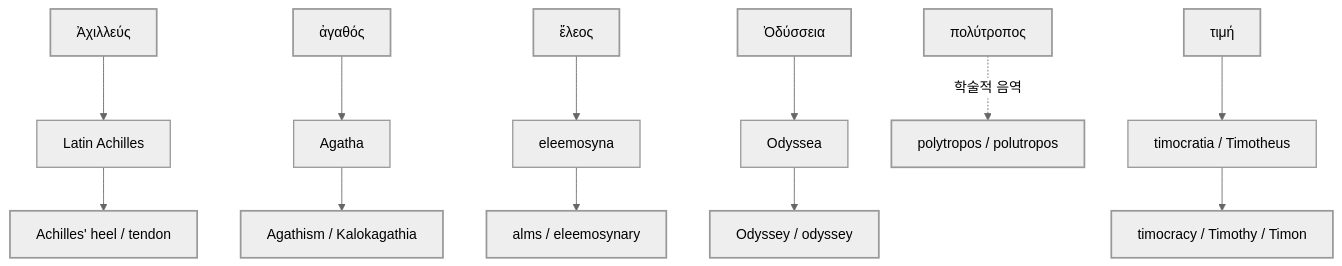
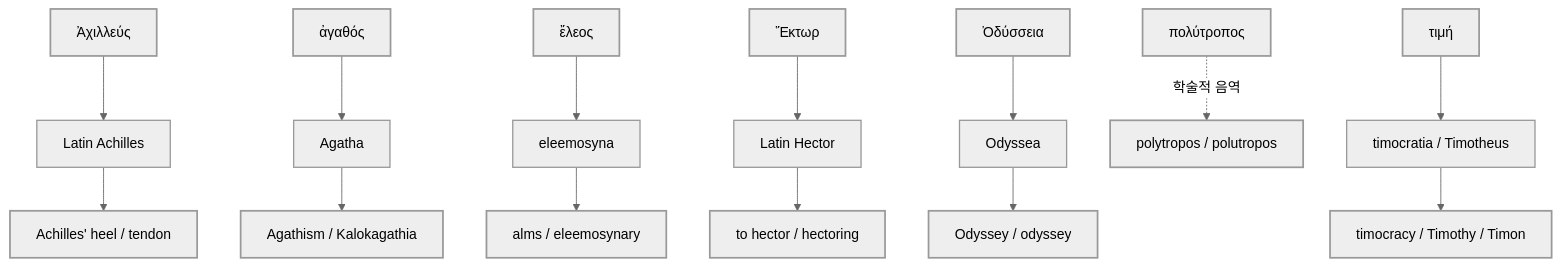
The diagram in words/index.md (YgHnSIM/Homer_wiki), drawn with Mermaid (neutral theme) before and after one commit. The commit also changed other lines of this file and 3 other files, not shown here.

````diff
--- a/words/index.md
+++ b/words/index.md
@@ -21,13 +21,14 @@
 ```mermaid
 graph TB
     classDef greek stroke-width:2px;
     classDef latin stroke-width:1.5px;
     classDef english stroke-width:2px;
 
     G1["Ἀχιλλεύς"]:::greek --> L1["Latin Achilles"]:::latin --> E1["Achilles' heel / tendon"]:::english
     G2["ἀγαθός"]:::greek --> L2["Agatha"]:::latin --> E2["Agathism / Kalokagathia"]:::english
     G3["ἔλεος"]:::greek --> L3["eleemosyna"]:::latin --> E3["alms / eleemosynary"]:::english
-    G4["Ὀδύσσεια"]:::greek --> L4["Odyssea"]:::latin --> E4["Odyssey / odyssey"]:::english
-    G5["πολύτροπος"]:::greek -. "학술적 음역" .-> E5["polytropos / polutropos"]:::english
-    G6["τιμή"]:::greek --> L6["timocratia / Timotheus"]:::latin --> E6["timocracy / Timothy / Timon"]:::english
+    G4["Ἕκτωρ"]:::greek --> L4["Latin Hector"]:::latin --> E4["to hector / hectoring"]:::english
+    G5["Ὀδύσσεια"]:::greek --> L5["Odyssea"]:::latin --> E5["Odyssey / odyssey"]:::english
+    G6["πολύτροπος"]:::greek -. "학술적 음역" .-> E6["polytropos / polutropos"]:::english
+    G7["τιμή"]:::greek --> L7["timocratia / Timotheus"]:::latin --> E7["timocracy / Timothy / Timon"]:::english
 ```
````
